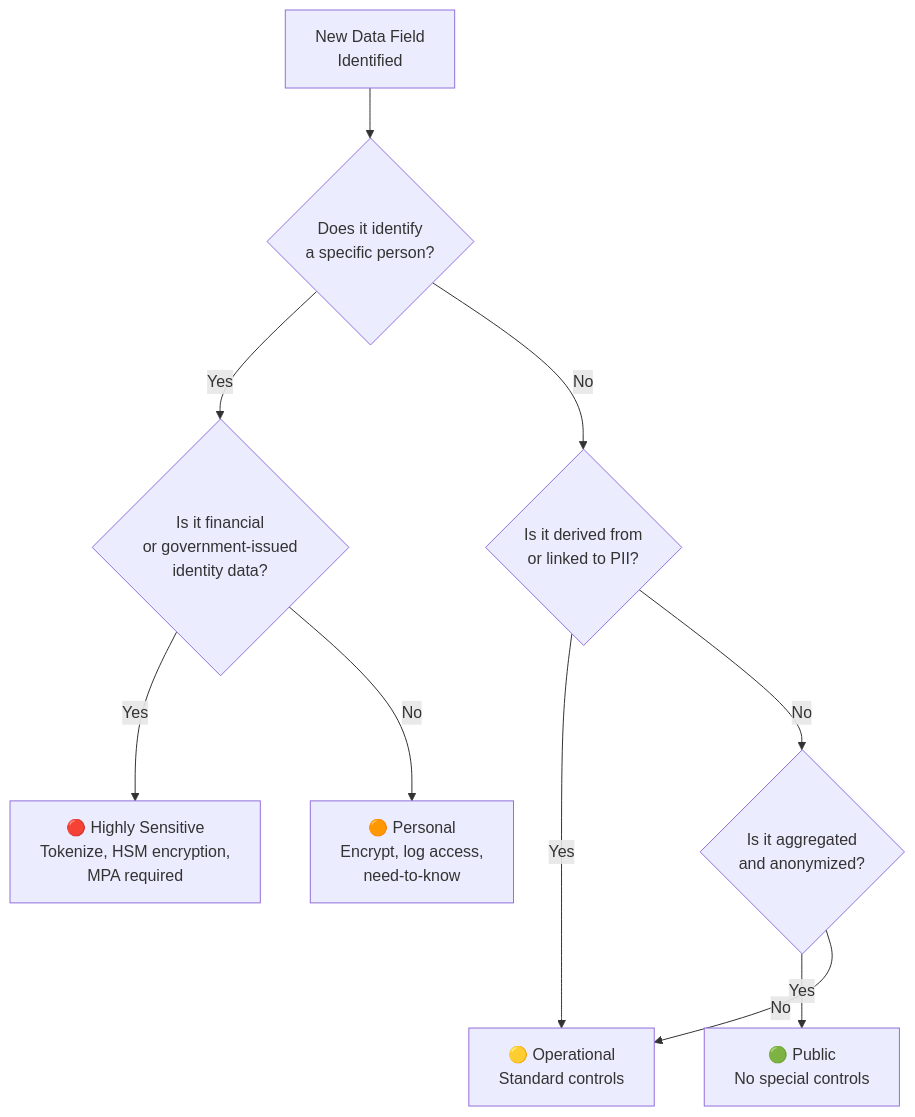
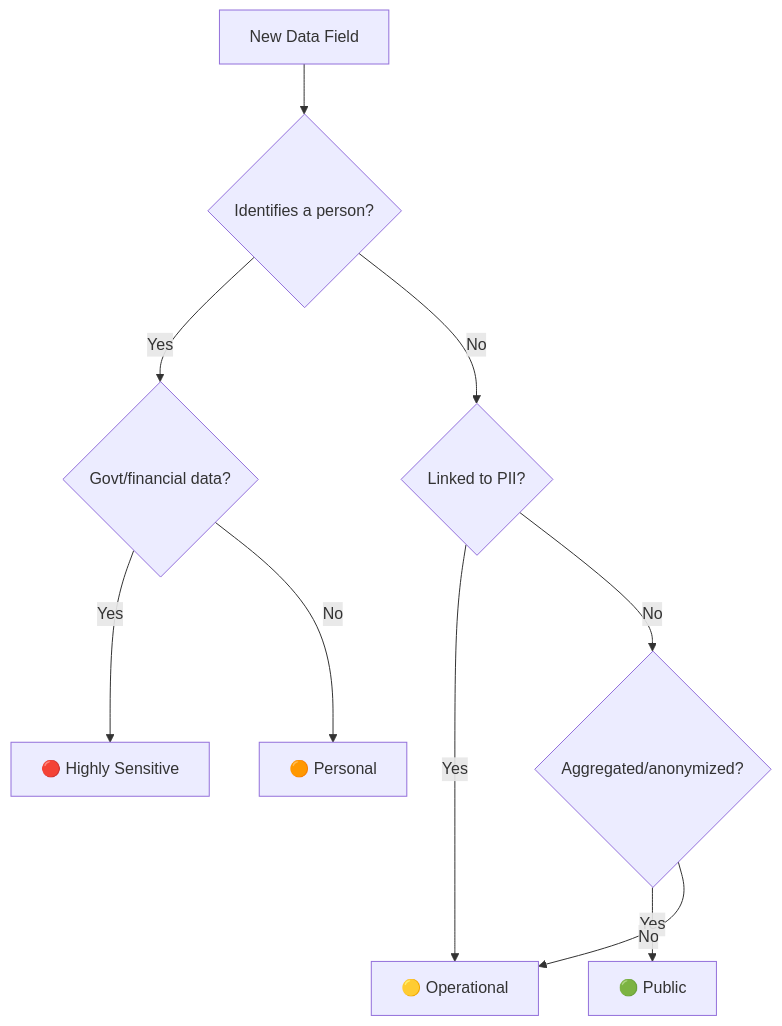
One commit to rishikeshdhokare/platform-manifesto changed the first of 4 diagrams in 04-infrastructure-and-cloud/08-privacy-engineering.md. Above: the diagram before and after it, drawn with Mermaid. The commit also changed other lines of this file and 12 other files, not shown here.

First line of the commit message:
fix: refactor Mermaid diagrams for compliance (#135)

````diff
--- a/04-infrastructure-and-cloud/08-privacy-engineering.md
+++ b/04-infrastructure-and-cloud/08-privacy-engineering.md
@@ -46,22 +48,22 @@
 ```mermaid
 flowchart TD
-    START["New Data Field<br/>Identified"]
-    Q1{"Does it identify<br/>a specific person?"}
-    Q2{"Is it financial<br/>or government-issued<br/>identity data?"}
-    Q3{"Is it derived from<br/>or linked to PII?"}
-    Q4{"Is it aggregated<br/>and anonymized?"}
-    HS["🔴 Highly Sensitive<br/>Tokenize, HSM encryption,<br/>MPA required"]
-    P["🟠 Personal<br/>Encrypt, log access,<br/>need-to-know"]
-    OP["🟡 Operational<br/>Standard controls"]
-    PUB["🟢 Public<br/>No special controls"]
+    START["New Data Field"]
+    Q1{"Identifies a person?"}
+    Q2{"Govt/financial data?"}
+    Q3{"Linked to PII?"}
+    Q4{"Aggregated/anonymized?"}
+    HS["🔴 Highly Sensitive"]
+    P["🟠 Personal"]
+    OP["🟡 Operational"]
+    PUB["🟢 Public"]
 
     START --> Q1
     Q1 -->|"Yes"| Q2
     Q1 -->|"No"| Q3
     Q2 -->|"Yes"| HS
     Q2 -->|"No"| P
     Q3 -->|"Yes"| OP
     Q3 -->|"No"| Q4
     Q4 -->|"Yes"| PUB
     Q4 -->|"No"| OP
 ```
````
